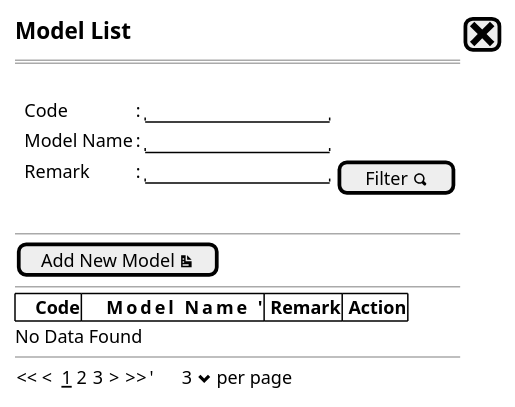
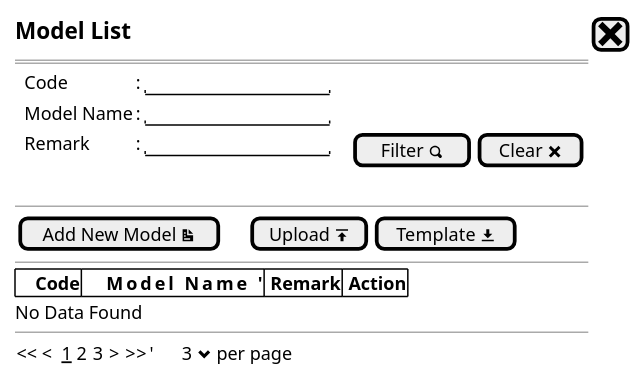
One commit to ari-fikri/packing-cost-mockup changed the diagram in Model/model - newstep0.puml. Above: the diagram before and after it, drawn with PlantUML. The commit also changed 6 other files, not shown here.

Commit message:
- Add clear filter button - Add upload/download template - Replace PM lookup button - Add X (close button) - Remove models sample data

```diff
--- a/Model/model - newstep0.puml
+++ b/Model/model - newstep0.puml
@@ -1,25 +1,26 @@
 @startsalt
 {
   <size:15><b>Model List |[<size:25><&x>]|*
   ==
-  .
   {
       .|Code        |: |"               "|*
       .|Model Name  |: |"               "|*
-      .|Remark      |: |"               "| [Filter <&magnifying-glass>] |*      
+      .|Remark      |: |"               "|.|.|[Filter <&magnifying-glass>]| [Clear <&x>]|*      
   }
   .
   --
-  [Add New Model <&document>]
+  {
+  [Add New Model <&document>]|.|.|.|[Upload <&data-transfer-upload>]| [Template <&data-transfer-download>]|* 
+  }
   --
   {#
     |<b>    Code |<b>     Model Name        '|<b> Remark |<b> Action |*|*|*
   }
   No Data Found
   --
   {
   << <  __1__ 2 3  > >>  |'      3 <&chevron-bottom> per page |*
   }
 
 }
 @endsalt
```
